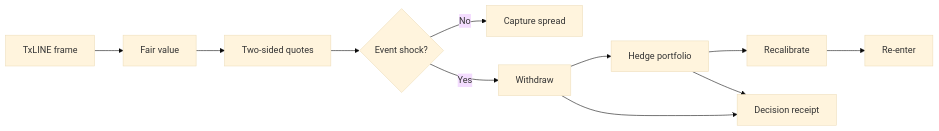
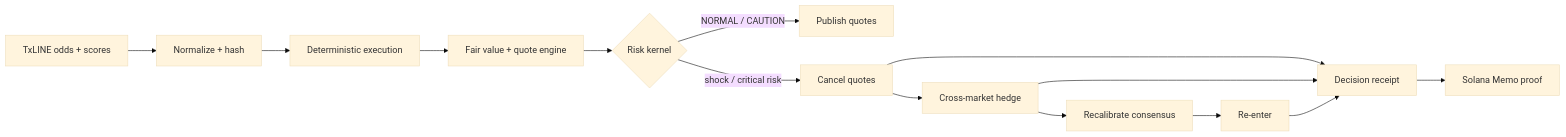
Before and after one commit to karagozemin/RAVEN: the first of 3 diagrams in README.md, drawn with Mermaid (base theme). The commit also changed other lines of this file and 59 other files, not shown here.

````diff
--- a/README.md
+++ b/README.md
@@ -50,13 +74,16 @@
 ```mermaid
 flowchart LR
-    A[TxLINE frame] --> B[Fair value]
-    B --> C[Two-sided quotes]
-    C --> D{Event shock?}
-    D -- No --> E[Capture spread]
-    D -- Yes --> F[Withdraw]
-    F --> G[Hedge portfolio]
-    G --> H[Recalibrate]
-    H --> I[Re-enter]
-    F --> J[Decision receipt]
-    G --> J
+    TX[TxLINE odds + scores] --> N[Normalize + hash]
+    N --> X[Deterministic execution]
+    X --> FV[Fair value + quote engine]
+    FV --> RK{Risk kernel}
+    RK -->|NORMAL / CAUTION| Q[Publish quotes]
+    RK -->|shock / critical risk| W[Cancel quotes]
+    W --> H[Cross-market hedge]
+    H --> C[Recalibrate consensus]
+    C --> R[Re-enter]
+    W --> P[Decision receipt]
+    H --> P
+    R --> P
+    P --> S[Solana Memo proof]
 ```
````
